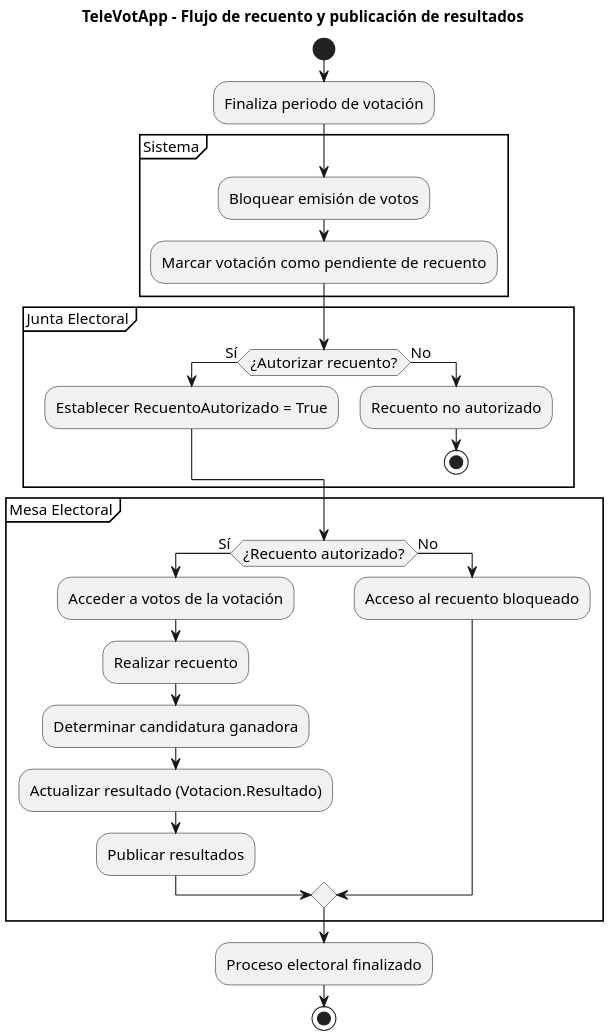
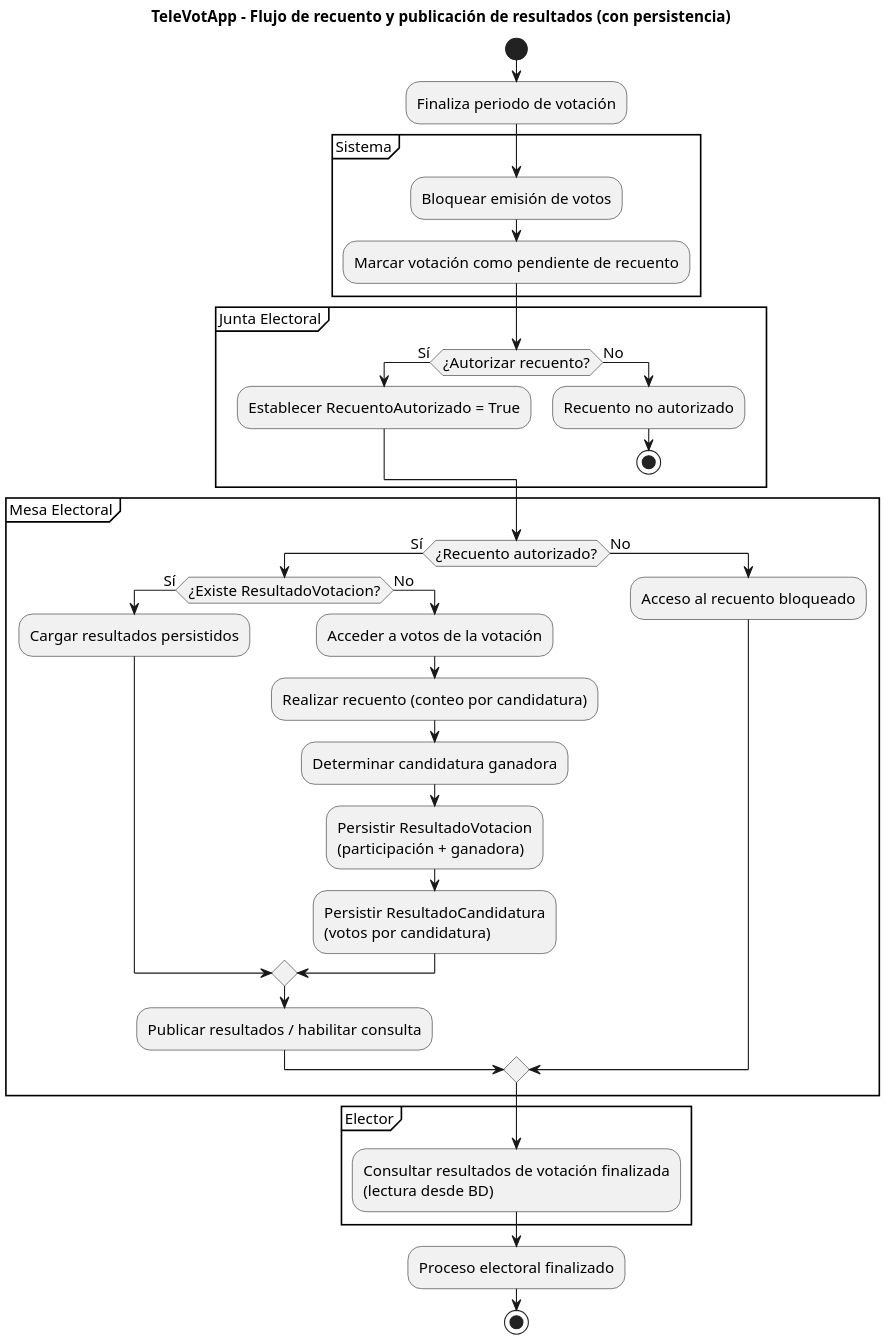
One commit to SamirAlonsoGarcia/TeleVotApp changed the diagram in TeleVot/Diagramas/DF_FlujoRecuentoResultados.puml. Above: the diagram before and after it, drawn with PlantUML. The commit also changed 6 other files, not shown here.

```diff
--- a/TeleVot/Diagramas/DF_FlujoRecuentoResultados.puml
+++ b/TeleVot/Diagramas/DF_FlujoRecuentoResultados.puml
@@ -1,41 +1,53 @@
 @startuml
-title TeleVotApp - Flujo de recuento y publicación de resultados
+title TeleVotApp - Flujo de recuento y publicación de resultados (con persistencia)
 
 skinparam dpi 200
 skinparam defaultFontSize 14
 skinparam linetype ortho
 
 start
 
 :Finaliza periodo de votación;
 
 partition "Sistema" {
   :Bloquear emisión de votos;
   :Marcar votación como pendiente de recuento;
 }
 
 partition "Junta Electoral" {
   if (¿Autorizar recuento?) then (Sí)
     :Establecer RecuentoAutorizado = True;
   else (No)
     :Recuento no autorizado;
     stop
   endif
 }
 
 partition "Mesa Electoral" {
   if (¿Recuento autorizado?) then (Sí)
-    :Acceder a votos de la votación;
-    :Realizar recuento;
-    :Determinar candidatura ganadora;
-    :Actualizar resultado (Votacion.Resultado);
-    :Publicar resultados;
+
+    if (¿Existe ResultadoVotacion?) then (Sí)
+      :Cargar resultados persistidos;
+    else (No)
+      :Acceder a votos de la votación;
+      :Realizar recuento (conteo por candidatura);
+      :Determinar candidatura ganadora;
+
+      :Persistir ResultadoVotacion\n(participación + ganadora);
+      :Persistir ResultadoCandidatura\n(votos por candidatura);
+    endif
+
+    :Publicar resultados / habilitar consulta;
   else (No)
     :Acceso al recuento bloqueado;
   endif
+}
+
+partition "Elector" {
+  :Consultar resultados de votación finalizada\n(lectura desde BD);
 }
 
 :Proceso electoral finalizado;
 stop
 
 @enduml
```
